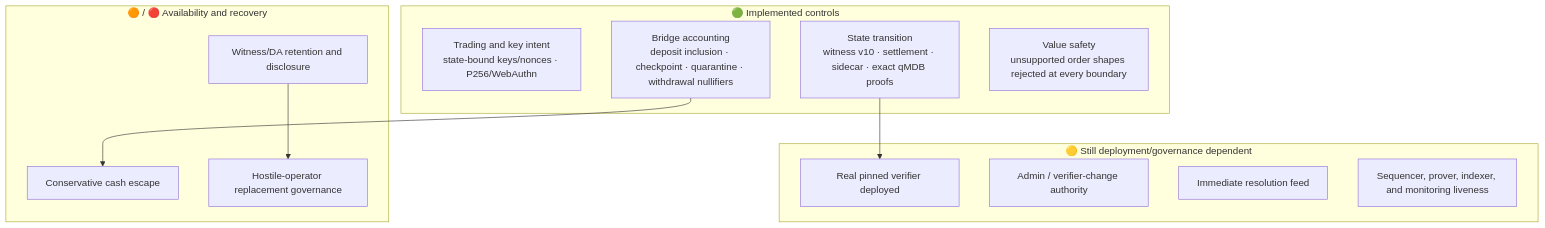
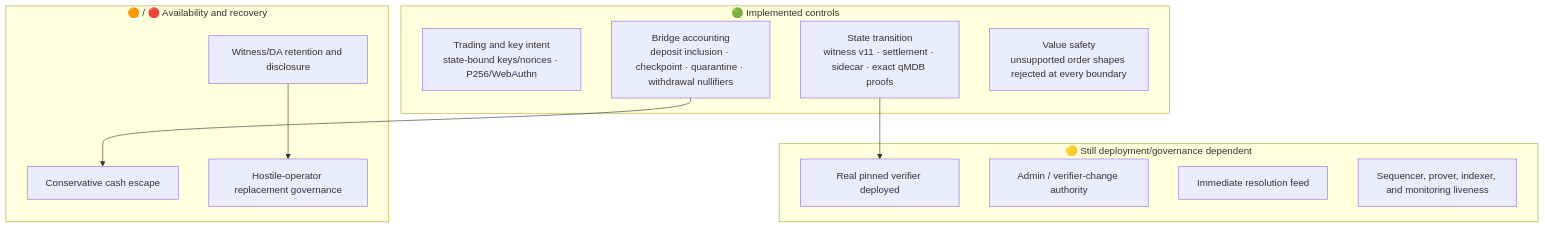
One commit to MetaB0y/sybil changed the diagram in docs/architecture/04-verification/Threat Model.md. Above: the diagram before and after it, drawn with Mermaid. The commit also changed other lines of this file and 289 other files, not shown here.

````diff
--- a/docs/architecture/04-verification/Threat Model.md
+++ b/docs/architecture/04-verification/Threat Model.md
@@ -23,23 +23,23 @@
 ```mermaid
 flowchart TB
     subgraph crypto["🟢 Implemented controls"]
         INTENT["Trading and key intent<br/>state-bound keys/nonces · P256/WebAuthn"]
-        TRANS["State transition<br/>witness v10 · settlement · sidecar · exact qMDB proofs"]
+        TRANS["State transition<br/>witness v11 · settlement · sidecar · exact qMDB proofs"]
         BRIDGE["Bridge accounting<br/>deposit inclusion · checkpoint · quarantine · withdrawal nullifiers"]
         SHAPES["Value safety<br/>unsupported order shapes rejected at every boundary"]
     end
     subgraph trusted["🟡 Still deployment/governance dependent"]
         ADAPTER["Real pinned verifier deployed"]
         ADMIN["Admin / verifier-change authority"]
         ORACLE["Immediate resolution feed"]
         LIVE["Sequencer, prover, indexer, and monitoring liveness"]
     end
     subgraph recovery["🟠 / 🔴 Availability and recovery"]
         DA["Witness/DA retention and disclosure"]
         ESC["Conservative cash escape"]
         REPLACE["Hostile-operator replacement governance"]
     end
     TRANS --> ADAPTER
     DA --> REPLACE
     BRIDGE --> ESC
 ```
````
